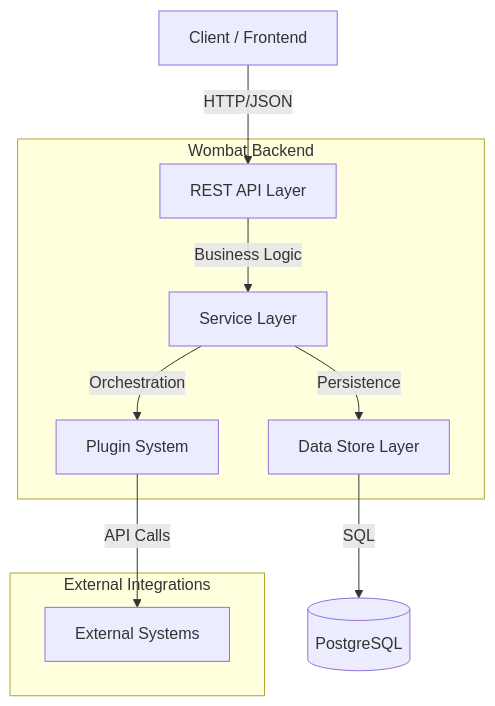
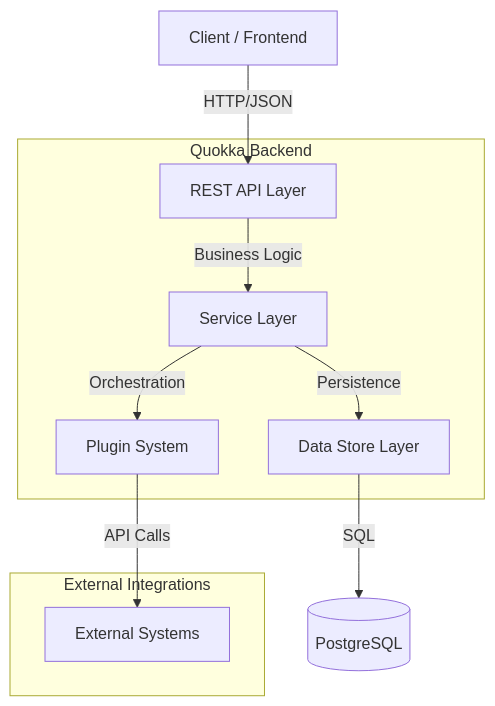
The first of 9 diagrams in docs/ARCHITECTURE.md (searge/quokka), drawn with Mermaid before and after one commit. The commit also changed other lines of this file and 4 other files, not shown here.

````diff
--- a/docs/ARCHITECTURE.md
+++ b/docs/ARCHITECTURE.md
@@ -17,28 +17,28 @@
 ```mermaid
 flowchart TB
     Client[Client / Frontend]
     API[REST API Layer]
     Service[Service Layer]
     Store[Data Store Layer]
     Plugin[Plugin System]
     DB[(PostgreSQL)]
     External[External Systems]
 
     Client -->|HTTP/JSON| API
     API -->|Business Logic| Service
     Service -->|Persistence| Store
     Service -->|Orchestration| Plugin
     Store -->|SQL| DB
     Plugin -->|API Calls| External
 
-    subgraph "Wombat Backend"
+    subgraph "Quokka Backend"
         API
         Service
         Store
         Plugin
     end
 
     subgraph "External Integrations"
         External
     end
 ```
````
